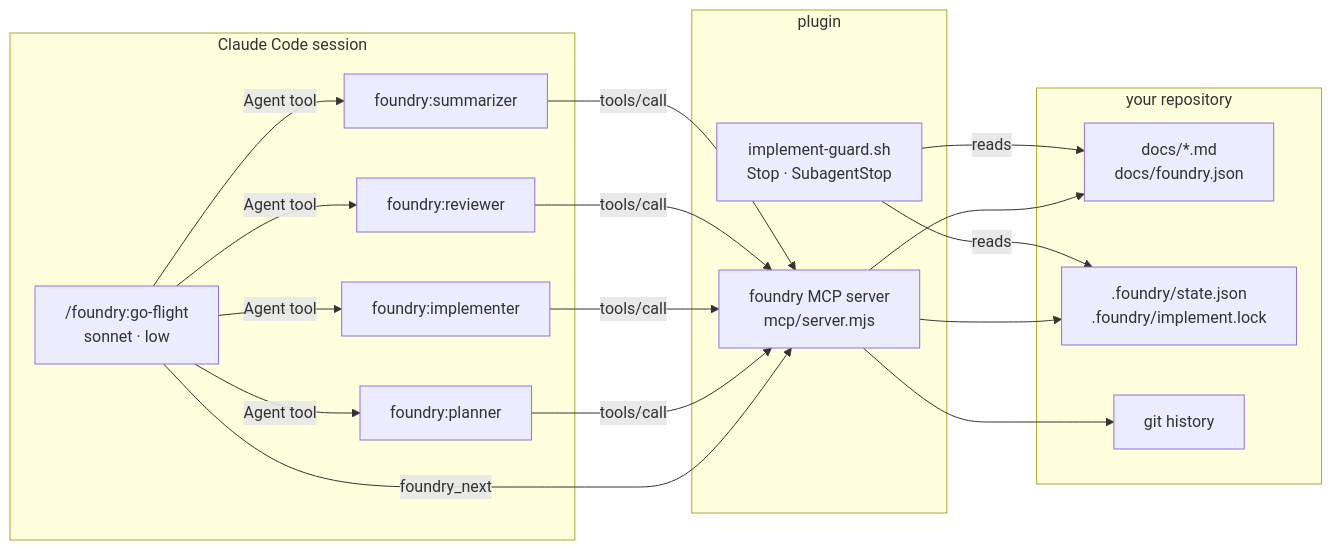
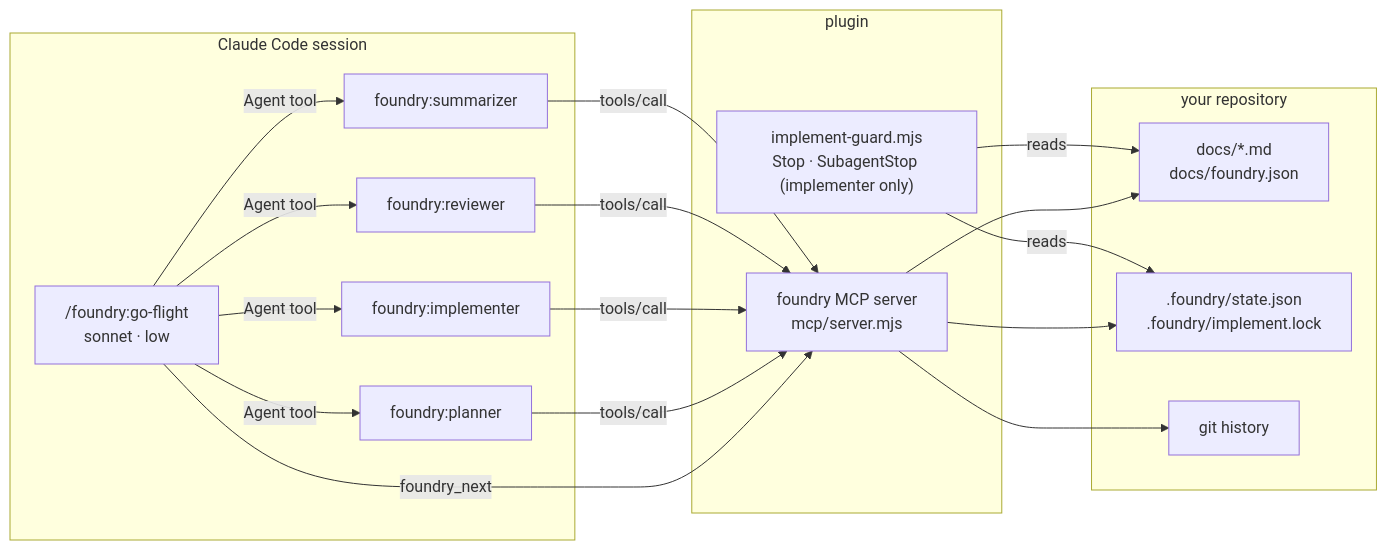
The first of 4 diagrams in docs/architecture.md (DisplaceTech/kukulu), drawn with Mermaid before and after one commit. The commit also changed other lines of this file and 13 other files, not shown here.

````diff
--- a/docs/architecture.md
+++ b/docs/architecture.md
@@ -12,30 +12,30 @@
 ```mermaid
 flowchart LR
     subgraph CC["Claude Code session"]
         GF["/foundry:go-flight<br/>sonnet · low"]
         A1["foundry:planner"]
         A2["foundry:implementer"]
         A3["foundry:reviewer"]
         A4["foundry:summarizer"]
     end
 
     subgraph PL["plugin"]
         MCP["foundry MCP server<br/>mcp/server.mjs"]
-        HOOK["implement-guard.sh<br/>Stop · SubagentStop"]
+        HOOK["implement-guard.mjs<br/>Stop · SubagentStop (implementer only)"]
     end
 
     subgraph REPO["your repository"]
         DOCS["docs/*.md<br/>docs/foundry.json"]
         STATE[".foundry/state.json<br/>.foundry/implement.lock"]
         GIT["git history"]
     end
 
     GF -->|"Agent tool"| A1 & A2 & A3 & A4
     GF -->|"foundry_next"| MCP
     A1 & A2 & A3 & A4 -->|"tools/call"| MCP
     MCP --> DOCS
     MCP --> STATE
     MCP --> GIT
     HOOK -->|"reads"| STATE
     HOOK -->|"reads"| DOCS
 ```
````
